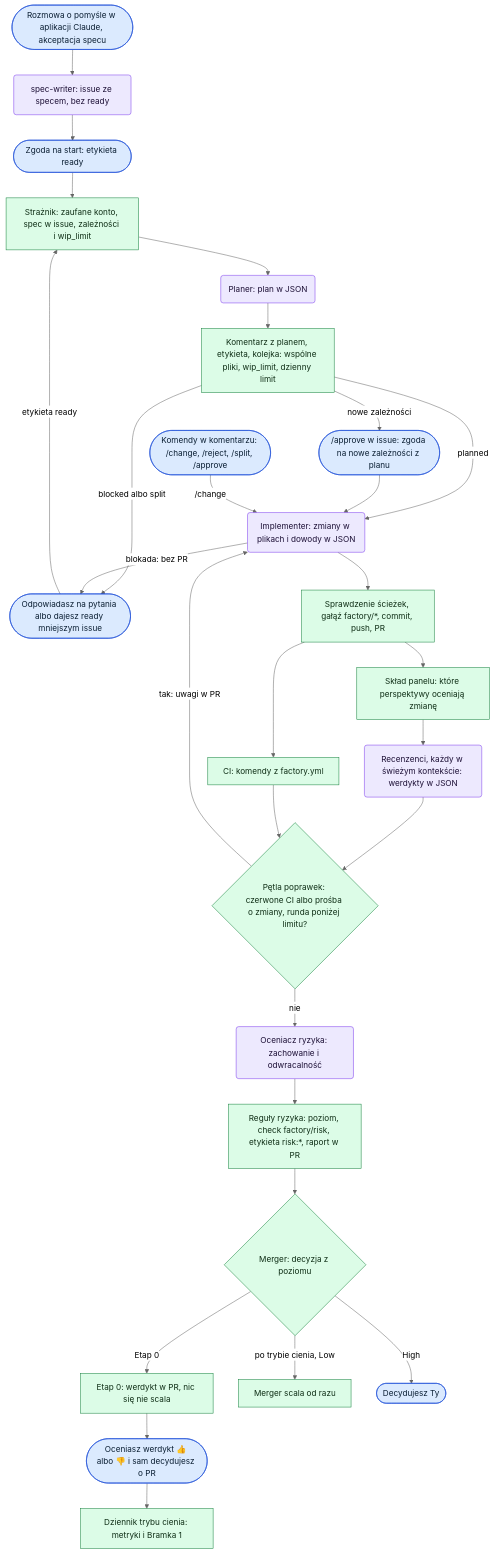
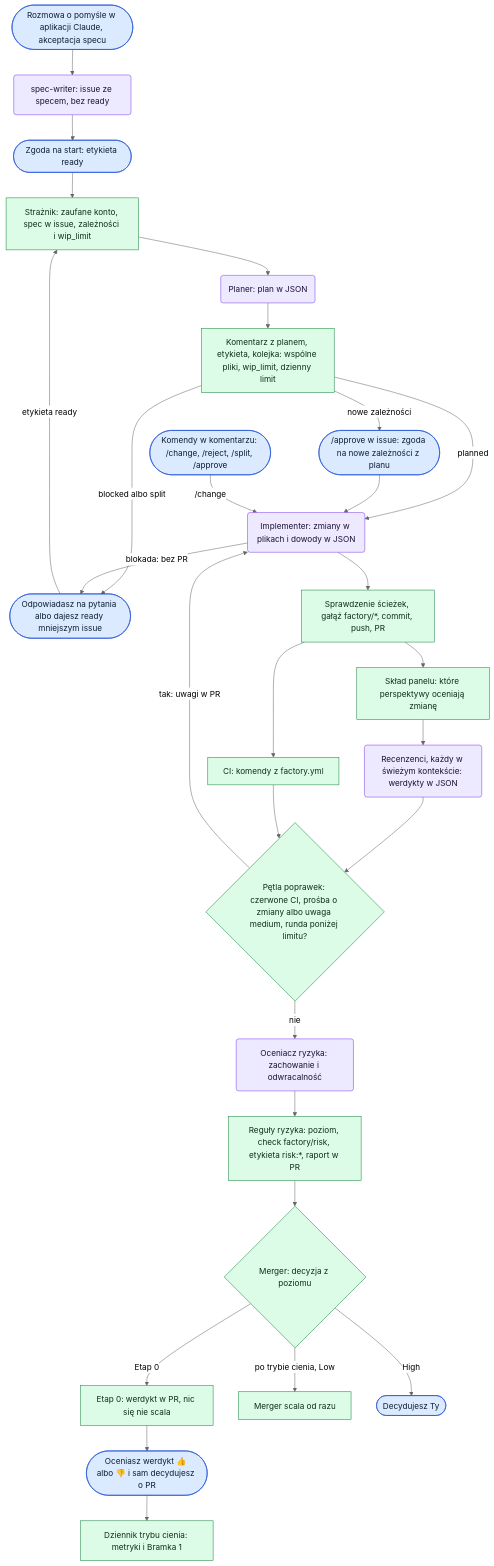
Before and after one commit to gibkigonzo/factory: the diagram in README.md, drawn with Mermaid (neutral theme). The commit also changed other lines of this file and 28 other files, not shown here.

````diff
--- a/README.md
+++ b/README.md
@@ -76,47 +77,47 @@
 ```mermaid
 flowchart TD
   H1(["Rozmowa o pomyśle w aplikacji Claude, akceptacja specu"]):::human
   A1("spec-writer: issue ze specem, bez ready"):::agent
   H0(["Zgoda na start: etykieta ready"]):::human
   S1["Strażnik: zaufane konto, spec w issue, zależności i wip_limit"]:::script
   A2("Planer: plan w JSON"):::agent
   S2["Komentarz z planem, etykieta, kolejka: wspólne pliki, wip_limit, dzienny limit"]:::script
   H2(["Odpowiadasz na pytania albo dajesz ready mniejszym issue"]):::human
   A3("Implementer: zmiany w plikach i dowody w JSON"):::agent
   S3["Sprawdzenie ścieżek, gałąź factory/*, commit, push, PR"]:::script
   S4["CI: komendy z factory.yml"]:::script
   S5["Skład panelu: które perspektywy oceniają zmianę"]:::script
   A4("Recenzenci, każdy w świeżym kontekście: werdykty w JSON"):::agent
   A5("Oceniacz ryzyka: zachowanie i odwracalność"):::agent
   S6["Reguły ryzyka: poziom, check factory/risk, etykieta risk:*, raport w PR"]:::script
   D{"Merger: decyzja z poziomu"}:::script
   S7["Etap 0: werdykt w PR, nic się nie scala"]:::script
   H3(["Oceniasz werdykt 👍 albo 👎 i sam decydujesz o PR"]):::human
   S8["Dziennik trybu cienia: metryki i Bramka 1"]:::script
   M1["Merger scala od razu"]:::script
   H4(["Decydujesz Ty"]):::human
   H5(["Komendy w komentarzu: /change, /reject, /split, /approve"]):::human
   H6(["/approve w issue: zgoda na nowe zależności z planu"]):::human
-  L{"Pętla poprawek: czerwone CI albo prośba o zmiany, runda poniżej limitu?"}:::script
+  L{"Pętla poprawek: czerwone CI, prośba o zmiany albo uwaga medium, runda poniżej limitu?"}:::script
 
   H1 --> A1 --> H0 --> S1 --> A2 --> S2
   S2 -->|"blocked albo split"| H2
   H2 -->|"etykieta ready"| S1
   S2 -->|"planned"| A3 --> S3
   S2 -->|"nowe zależności"| H6 --> A3
   A3 -->|"blokada: bez PR"| H2
   S3 --> S4 & S5
   S5 --> A4 --> L
   S4 --> L
   L -->|"tak: uwagi w PR"| A3
   L -->|"nie"| A5 --> S6
   S6 --> D
   D -->|"Etap 0"| S7 --> H3 --> S8
   D -->|"po trybie cienia, Low"| M1
   D -->|"High"| H4
   H5 -->|"/change"| A3
 
   classDef human fill:#dbeafe,stroke:#1d4ed8,color:#0b1f33
   classDef agent fill:#ede9fe,stroke:#7c3aed,color:#1d1036
   classDef script fill:#dcfce7,stroke:#15803d,color:#0f2e16
 ```
````
